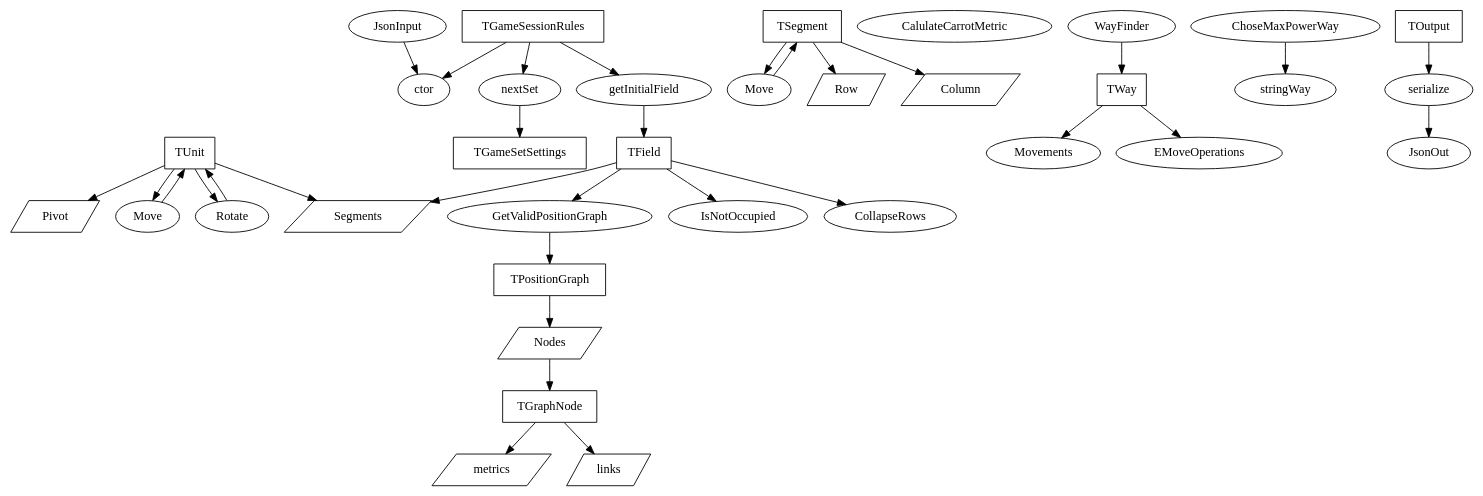
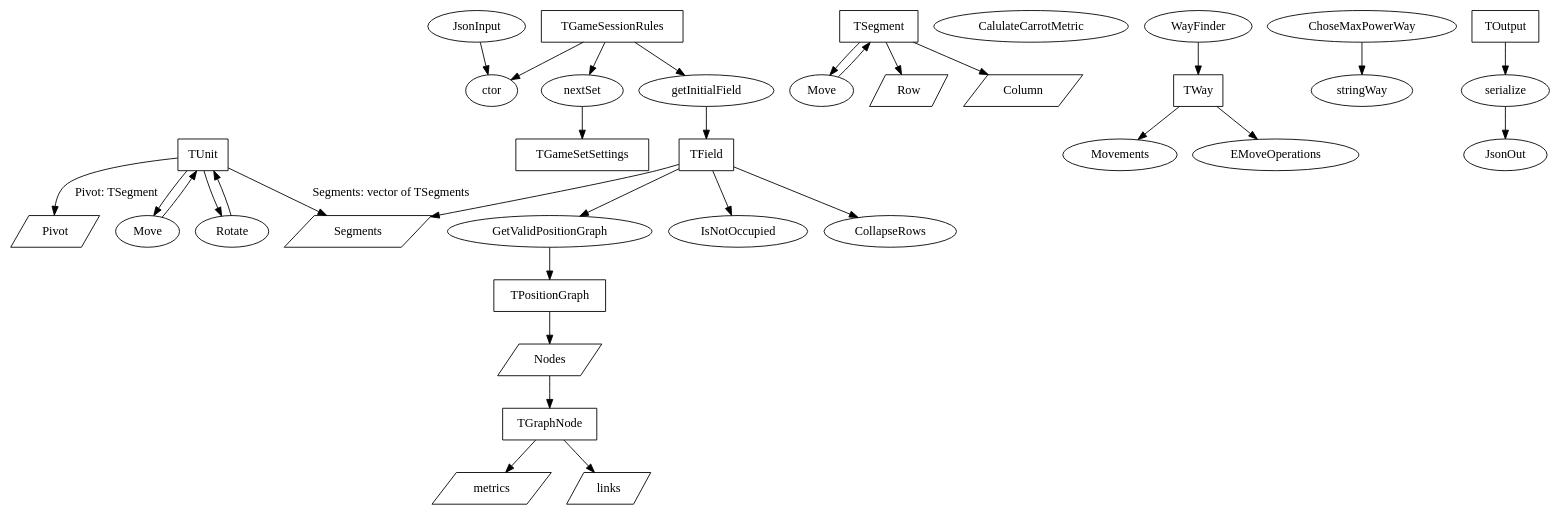
Before and after one commit to TheGreenBox/darkness_battling_system: the diagram in doc/arch.dot, drawn with Graphviz.

Commit message:
add description for TUnit

```diff
--- a/doc/arch.dot
+++ b/doc/arch.dot
@@ -1,77 +1,77 @@
 digraph G {
     TField[shape=box];
         Segments[shape=parallelogram];  // vector<vector<bool>>
         TField -> Segments;
         TField -> GetValidPositionGraph -> TPositionGraph;
         TField -> IsNotOccupied[];
         TField -> CollapseRows[];
 
 
     TUnit[shape=box];
         Segments[shape=parallelogram];
         Pivot[shape=parallelogram];
         Move_unit[label="Move"];  // return moved object
         TUnit -> Move_unit -> TUnit;
         TUnit -> Rotate -> TUnit;  // return rotated object
-        TUnit -> Segments[comment="vector of TSegments"];
-        TUnit -> Pivot[comment="TSegment"];
+        TUnit -> Segments[label="Segments: vector of TSegments"];
+        TUnit -> Pivot[label="Pivot: TSegment"];
 
 
     TSegment[shape=box];
         Move_segment[label="Move"];  // return moved object
         TSegment -> Move_segment -> TSegment;
 
         Row[shape=parallelogram];
         Column[shape=parallelogram];
         TSegment -> Row[];
         TSegment -> Column[];
 
 
     TGameSetSettings[shape=box];  // segments in given order, words of power(?)
 
     TPositionGraph[shape=box];
         Nodes[shape=parallelogram];
         TPositionGraph -> Nodes;
         Nodes -> TGraphNode;
 
     TGraphNode[shape=box];
         metrics[shape=parallelogram];
         links[shape=parallelogram];
         TGraphNode -> metrics;
         TGraphNode -> links;
 
     // Algo
     CalulateCarrotMetric;
         // TField
         // TUnit
         // return mertic value (int)
 
         // global return -> vector of priority queue
 
     TWay[shape=box];  // list of transformation
         TWay -> Movements[];
         TWay -> EMoveOperations[];
 
     WayFinder -> TWay;
         // Start Unit
         // End Unit
         // TPositionGraph
         // return vector<TWay>
 
     ChoseMaxPowerWay -> stringWay;
         // vector<TWay>
         // vector<std::string> -> Phrases of Power
         // return TWay index, string with Phrase of Power
 
     TGameSessionRules[shape=box];
         TGameSessionRules -> ctor[]; // diserialize
         JsonInput -> ctor;
         TGameSessionRules -> nextSet[]; // return TGameSetSettings;
         TGameSessionRules -> getInitialField[]; // return TField
 
     TOutput[shape=box];
         TOutput -> serialize -> JsonOut;
 
     nextSet -> TGameSetSettings;
     getInitialField -> TField;
 }
```
